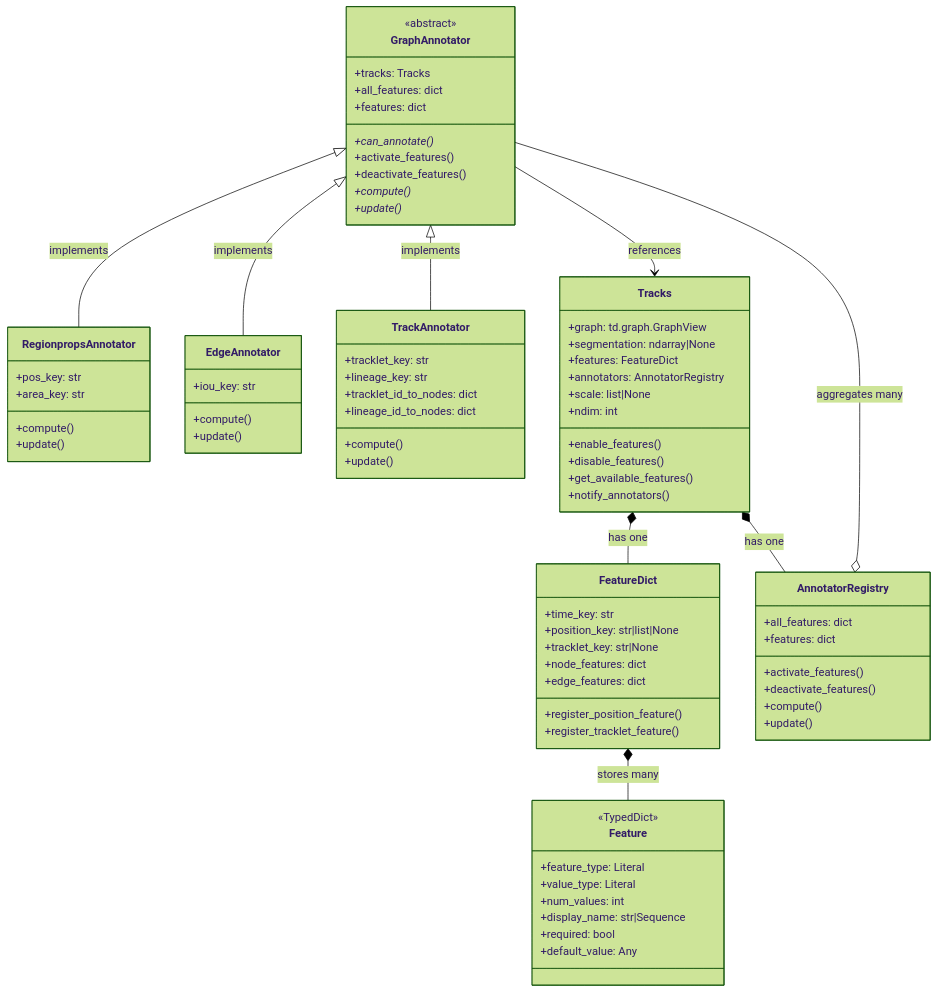
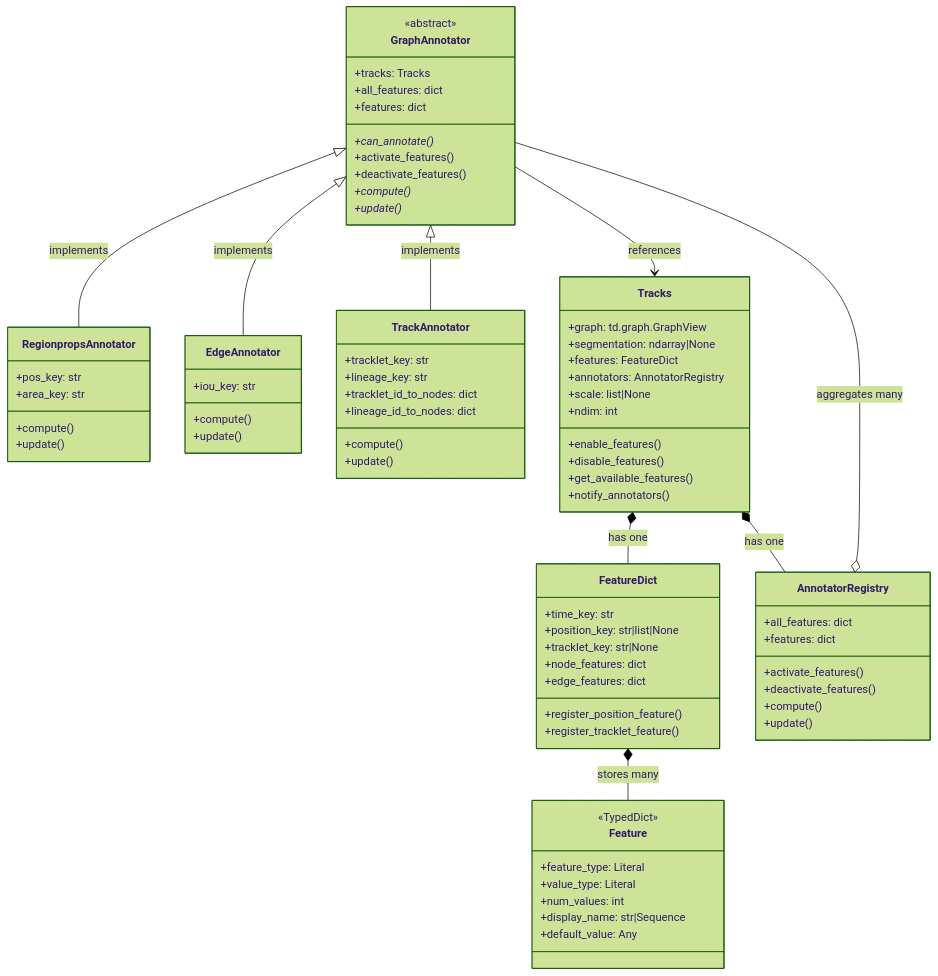
The diagram in docs/features.md (funkelab/funtracks), drawn with Mermaid (forest theme) before and after one commit. The commit also changed 16 other files, not shown here.

```diff
--- a/docs/features.md
+++ b/docs/features.md
@@ -92,7 +92,6 @@
         +value_type: Literal
         +num_values: int
         +display_name: str|Sequence
-        +required: bool
         +default_value: Any
     }
 
```
